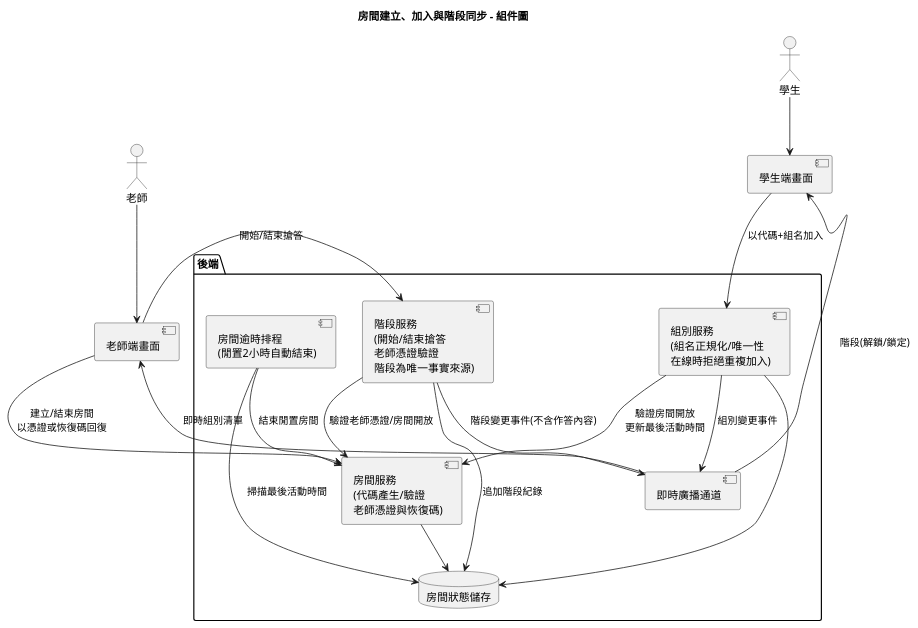
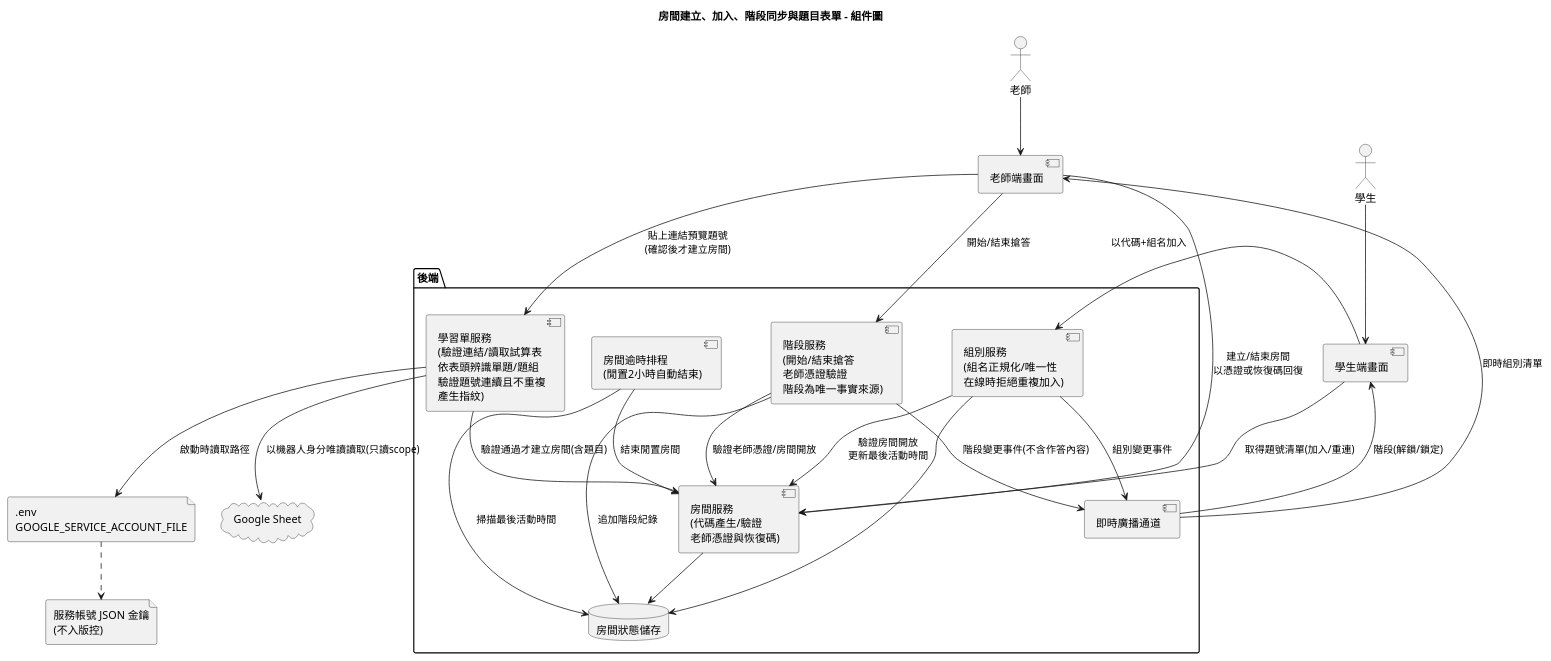
The diagram in diagrams/component.puml (lin900822/ncu-se-final), drawn with PlantUML before and after one commit. The commit also changed 46 other files, not shown here.

Commit message:
feat: 完成 Google Sheet 連結與題目表單生成

```diff
--- a/diagrams/component.puml
+++ b/diagrams/component.puml
@@ -1,31 +1,41 @@
 @startuml component
-title 房間建立、加入與階段同步 - 組件圖
+title 房間建立、加入、階段同步與題目表單 - 組件圖
 actor 老師
 actor 學生
 component "老師端畫面" as TUI
 component "學生端畫面" as SUI
 package "後端" {
   component "房間服務\n(代碼產生/驗證\n老師憑證與恢復碼)" as RoomSvc
   component "組別服務\n(組名正規化/唯一性\n在線時拒絕重複加入)" as GroupSvc
+  component "學習單服務\n(驗證連結/讀取試算表\n依表頭辨識單題/題組\n驗證題號連續且不重複\n產生指紋)" as SheetSvc
   component "階段服務\n(開始/結束搶答\n老師憑證驗證\n階段為唯一事實來源)" as PhaseSvc
   component "房間逾時排程\n(閒置2小時自動結束)" as Expiry
   component "即時廣播通道" as Realtime
   database "房間狀態儲存" as Store
 }
+file ".env\nGOOGLE_SERVICE_ACCOUNT_FILE" as Env
+file "服務帳號 JSON 金鑰\n(不入版控)" as Key
+cloud "Google Sheet" as Sheets
 老師 --> TUI
 學生 --> SUI
+TUI --> SheetSvc : 貼上連結預覽題號\n(確認後才建立房間)
+SheetSvc --> RoomSvc : 驗證通過才建立房間(含題目)
+SheetSvc --> Env : 啟動時讀取路徑
+Env ..> Key
+SheetSvc --> Sheets : 以機器人身分唯讀讀取(只讀scope)
+SUI --> RoomSvc : 取得題號清單(加入/重連)
 TUI --> PhaseSvc : 開始/結束搶答
 PhaseSvc --> RoomSvc : 驗證老師憑證/房間開放
 PhaseSvc --> Store : 追加階段紀錄
 PhaseSvc --> Realtime : 階段變更事件(不含作答內容)
 Realtime --> SUI : 階段(解鎖/鎖定)
 TUI --> RoomSvc : 建立/結束房間\n以憑證或恢復碼回復
 SUI --> GroupSvc : 以代碼+組名加入
 GroupSvc --> RoomSvc : 驗證房間開放\n更新最後活動時間
 RoomSvc --> Store
 GroupSvc --> Store
 Expiry --> RoomSvc : 結束閒置房間
 Expiry --> Store : 掃描最後活動時間
 GroupSvc --> Realtime : 組別變更事件
 Realtime --> TUI : 即時組別清單
 @enduml
```
